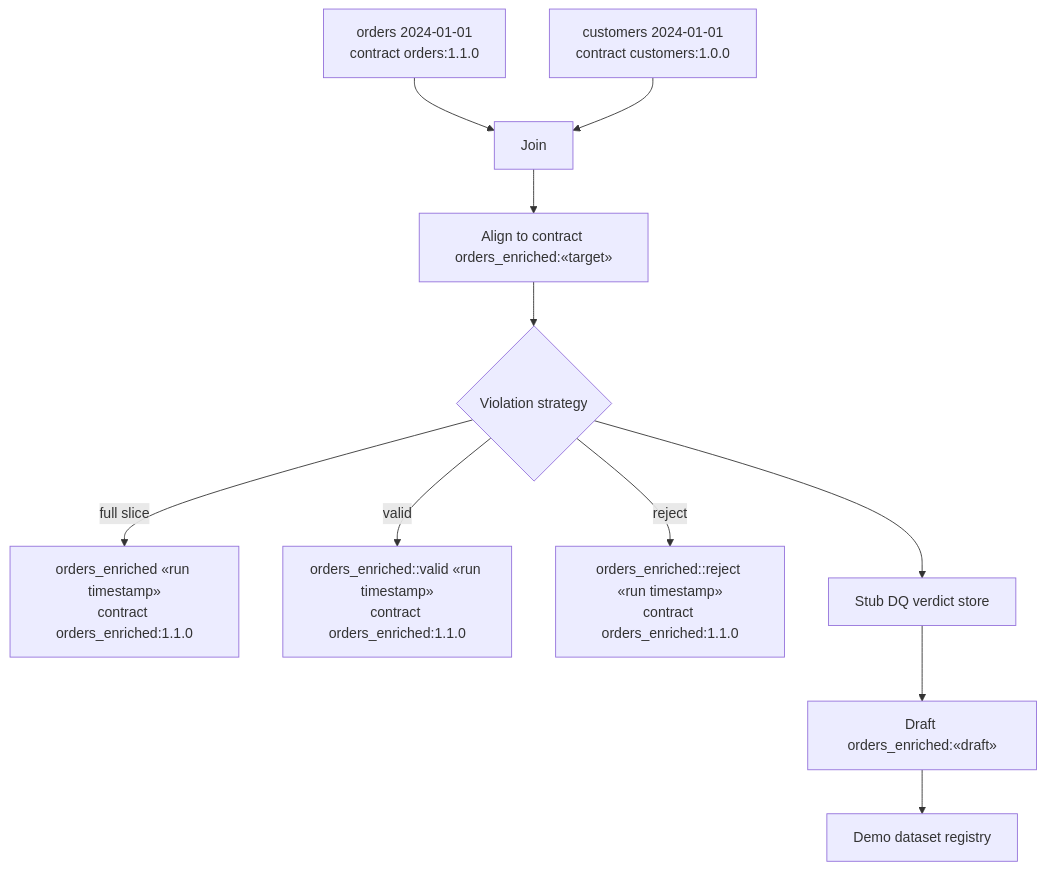
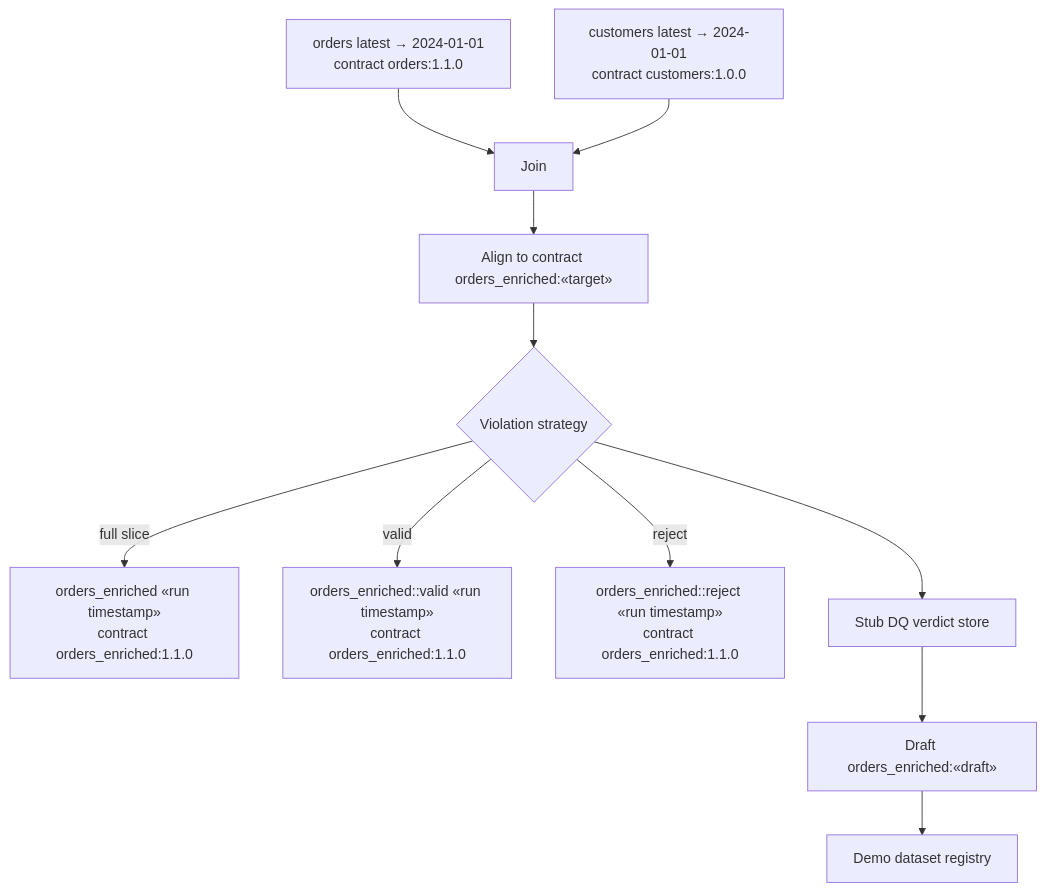
One commit to NextLab-SRL/dc43 changed the diagram in docs/demo-pipeline-scenarios.md. Above: the diagram before and after it, drawn with Mermaid. The commit also changed other lines of this file and 6 other files, not shown here.

````diff
--- a/docs/demo-pipeline-scenarios.md
+++ b/docs/demo-pipeline-scenarios.md
@@ -14,13 +14,13 @@
 ```mermaid
 graph TD
-    Orders["orders 2024-01-01\ncontract orders:1.1.0"] --> Join
-    Customers["customers 2024-01-01\ncontract customers:1.0.0"] --> Join
+    Orders["orders latest → 2024-01-01\ncontract orders:1.1.0"] --> Join
+    Customers["customers latest → 2024-01-01\ncontract customers:1.0.0"] --> Join
     Join --> Align[Align to contract orders_enriched:«target»]
     Align --> Strategy{Violation strategy}
     Strategy -->|full slice| Output["orders_enriched «run timestamp»\ncontract orders_enriched:1.1.0"]
     Strategy -->|valid| Valid["orders_enriched::valid «run timestamp»\ncontract orders_enriched:1.1.0"]
     Strategy -->|reject| Reject["orders_enriched::reject «run timestamp»\ncontract orders_enriched:1.1.0"]
     Strategy --> Governance[Stub DQ verdict store]
     Governance --> Drafts[Draft orders_enriched:«draft»]
     Drafts --> Registry[Demo dataset registry]
 ```
````
